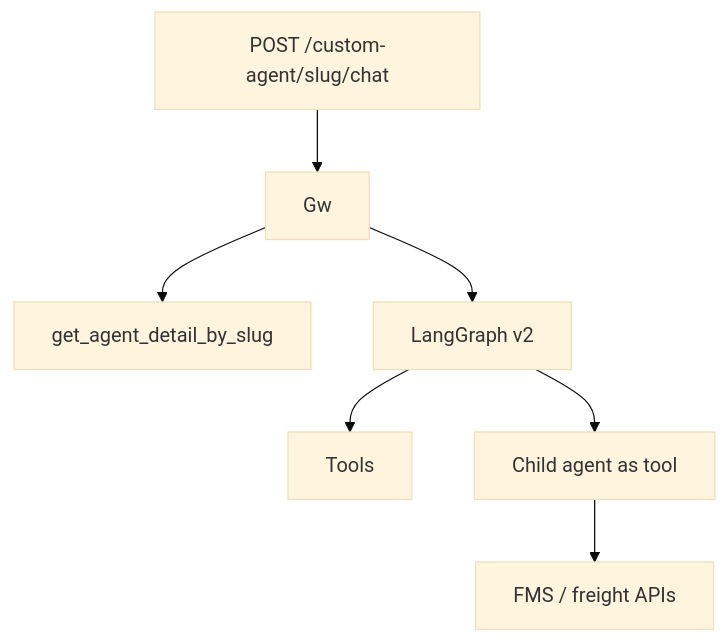
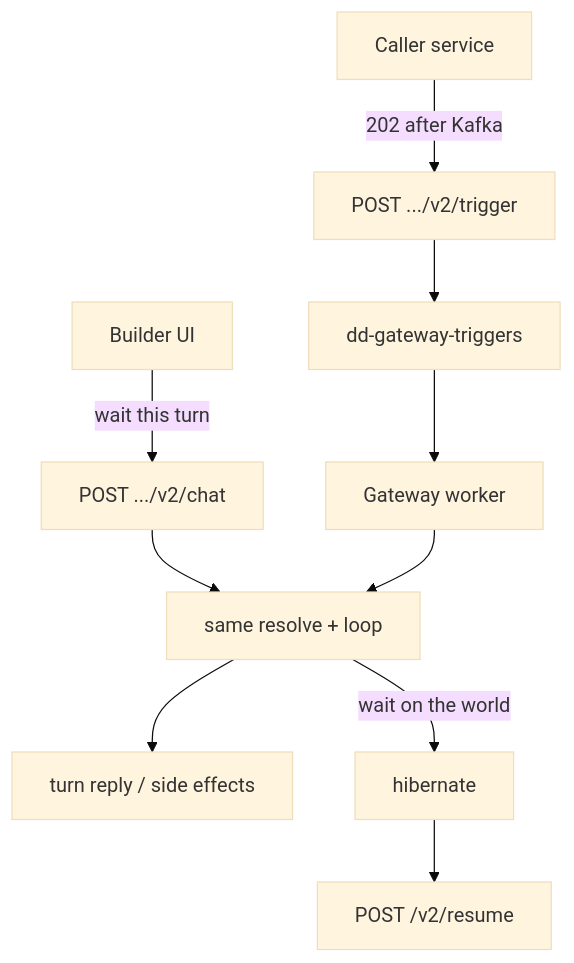
Before and after one commit to zekkrron/cs-knowledge-base: the first of 3 diagrams in Resume/Delhivery/03 - Agents and Orion.md, drawn with Mermaid (base theme). The commit also changed other lines of this file and 25 other files, not shown here.

````diff
--- a/Resume/Delhivery/03 - Agents and Orion.md
+++ b/Resume/Delhivery/03 - Agents and Orion.md
@@ -34,9 +115,12 @@
 ```mermaid
 flowchart TD
-    Chat[POST /custom-agent/slug/chat] --> Gw
-    Gw --> Cat[get_agent_detail_by_slug]
-    Gw --> G[LangGraph v2]
-    G --> Tools
-    G --> Child[Child agent as tool]
-    Child --> FMS[FMS / freight APIs]
+  Human[Builder UI] -->|wait this turn| Chat["POST .../v2/chat"]
+  Svc[Caller service] -->|202 after Kafka| Trig["POST .../v2/trigger"]
+  Trig --> K[dd-gateway-triggers]
+  K --> W[Gateway worker]
+  Chat --> Same[same resolve + loop]
+  W --> Same
+  Same --> Reply[turn reply / side effects]
+  Same -->|wait on the world| Hib[hibernate]
+  Hib --> R["POST /v2/resume"]
 ```
````
